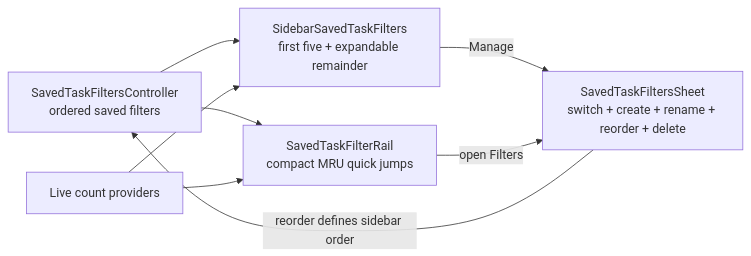
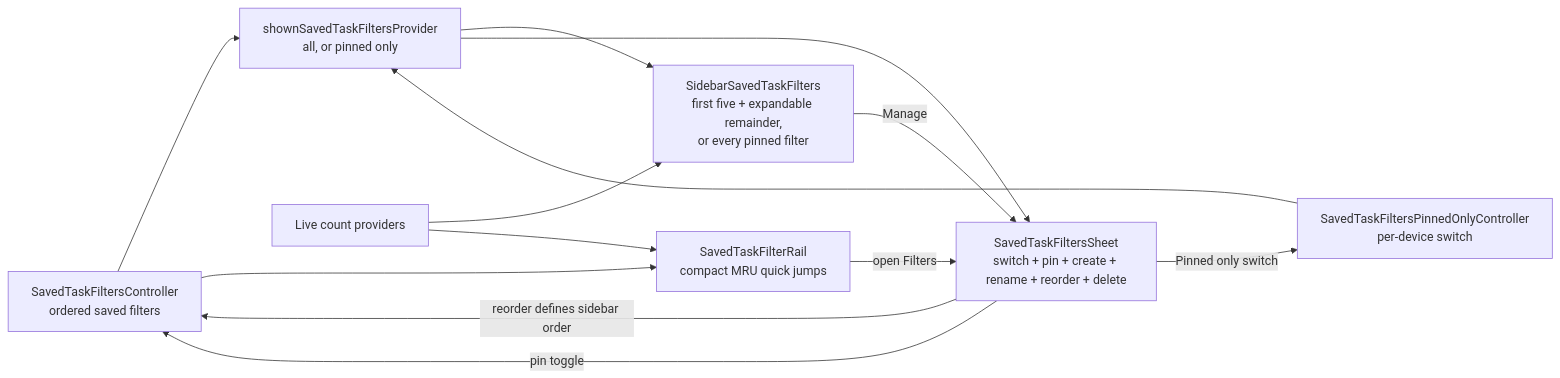
The fifth of 7 diagrams in knowledge/features/tasks/filtering.md (matthiasn/lotti), drawn with Mermaid before and after one commit. The commit also changed other lines of this file and 51 other files, not shown here.

First line of the commit message:
feat(tasks): pin saved filters, pinned-only sidebar, one-scroll glass sheet

````diff
--- a/knowledge/features/tasks/filtering.md
+++ b/knowledge/features/tasks/filtering.md
@@ -293,16 +306,23 @@
 ```mermaid
 flowchart LR
   State[SavedTaskFiltersController<br/>ordered saved filters]
+  PinnedOnly[SavedTaskFiltersPinnedOnlyController<br/>per-device switch]
+  Shown[shownSavedTaskFiltersProvider<br/>all, or pinned only]
   Counts[Live count providers]
-  Desktop[SidebarSavedTaskFilters<br/>first five + expandable remainder]
+  Desktop[SidebarSavedTaskFilters<br/>first five + expandable remainder,<br/>or every pinned filter]
   Mobile[SavedTaskFilterRail<br/>compact MRU quick jumps]
-  Sheet[SavedTaskFiltersSheet<br/>switch + create + rename + reorder + delete]
+  Sheet[SavedTaskFiltersSheet<br/>switch + pin + create + rename + reorder + delete]
 
-  State --> Desktop
+  State --> Shown
+  PinnedOnly --> Shown
+  Shown --> Desktop
+  Shown --> Sheet
   Counts --> Desktop
   State --> Mobile
   Counts --> Mobile
   Desktop -->|Manage| Sheet
   Mobile -->|open Filters| Sheet
   Sheet -->|reorder defines sidebar order| State
+  Sheet -->|pin toggle| State
+  Sheet -->|Pinned only switch| PinnedOnly
 ```
````
